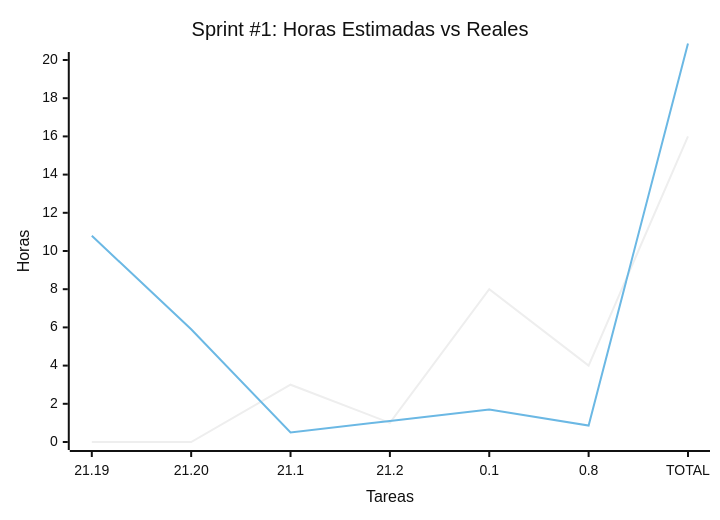
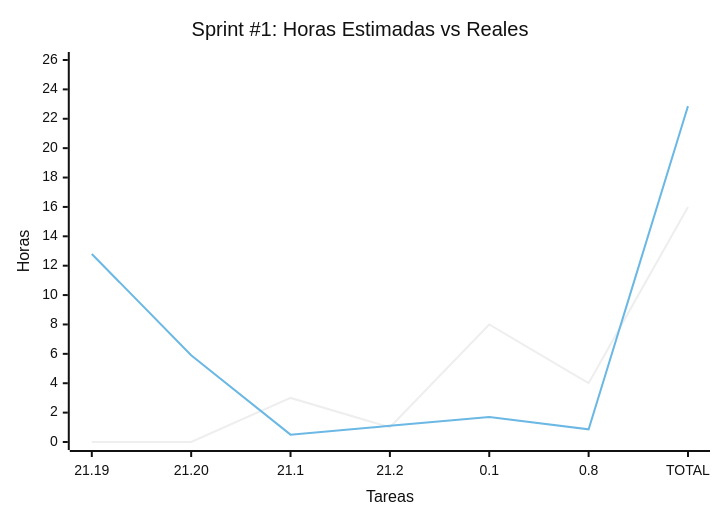
One commit to MarkMed/FleetMan changed the diagram in docs/SprintsPlanning.md. Above: the diagram before and after it, drawn with Mermaid (neutral theme). The commit also changed other lines of this file, not shown here.

Commit message:
Update Sprint #1 task hours and adjust visualization for estimated vs actual hours

````diff
--- a/docs/SprintsPlanning.md
+++ b/docs/SprintsPlanning.md
@@ -49,12 +49,12 @@
 ```mermaid
 xychart-beta
     title "Sprint #1: Horas Estimadas vs Reales"
     x-axis "Tareas" ["21.19", "21.20", "21.1", "21.2", "0.1", "0.8", "TOTAL"]
-    y-axis "Horas" 0 --> 20
+    y-axis "Horas" 0 --> 26
 	
 	%% Black line
     line [0, 0, 3, 1, 8, 4, 16]
 
 	%% Green line
-    line [10.8, 5.9, 0.5, 1.1, 1.7, 0.86, 20.86]
+    line [12.8, 5.9, 0.5, 1.1, 1.7, 0.86, 22.86]
 ```
````
